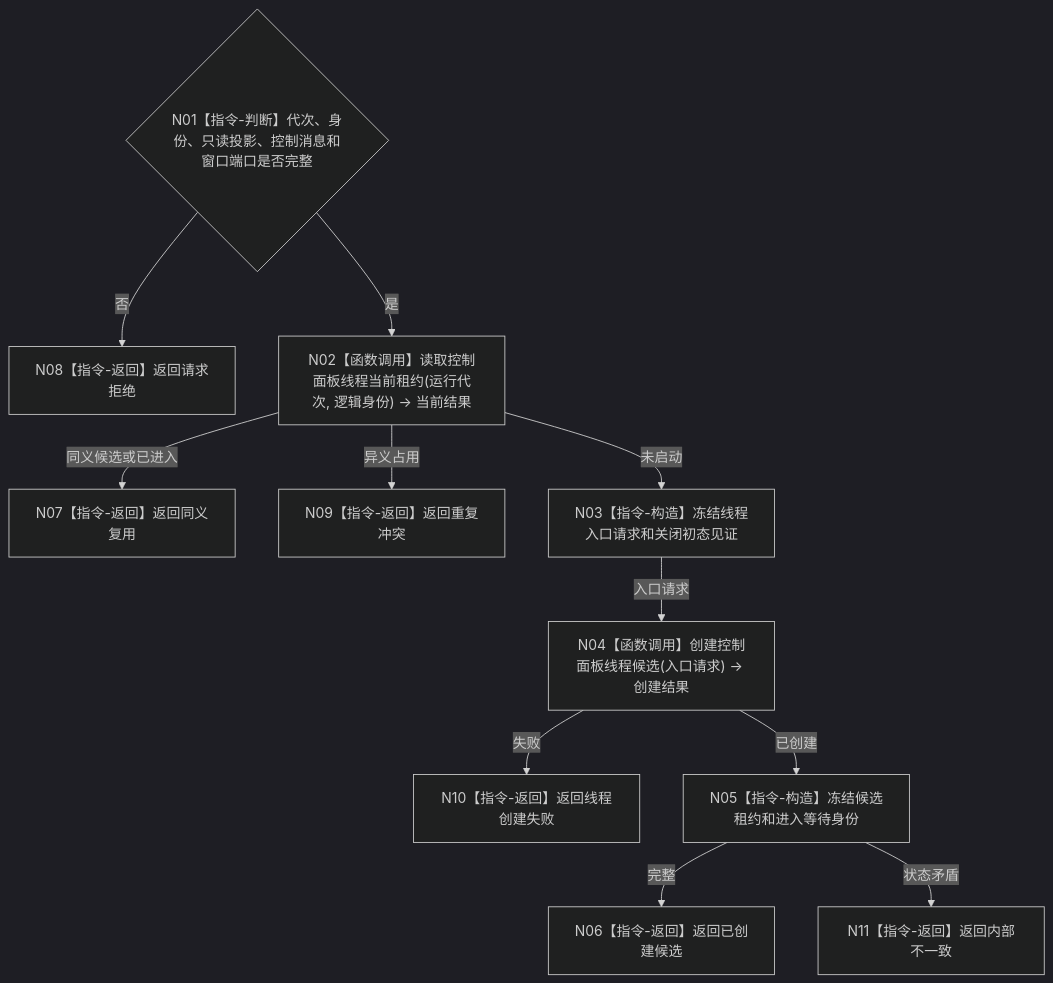
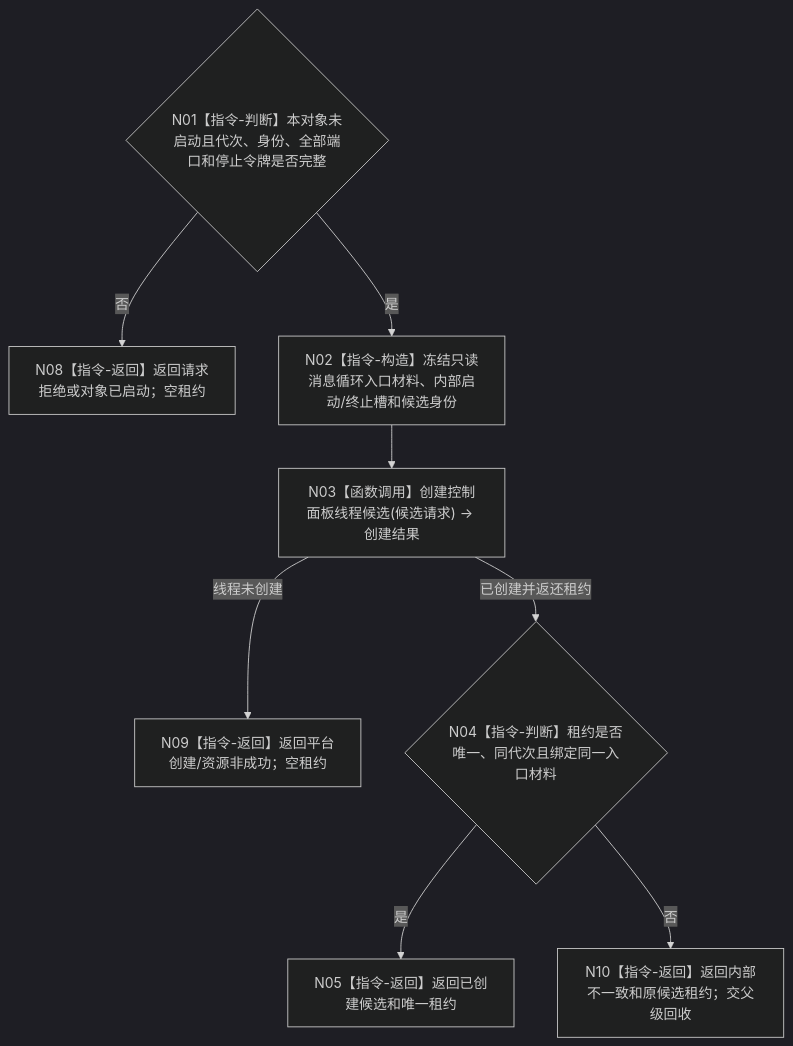
The diagram in 流程图/目标业务流程图/L3/BIZ-L3-001-09-01_启动控制面板线程入口_目标函数流程图_v0.1.md (chunhaizh-cyber/HY-Ego), drawn with Mermaid (dark theme) before and after one commit. The commit also changed other lines of this file and 16 other files, not shown here.

````diff
--- a/流程图/目标业务流程图/L3/BIZ-L3-001-09-01_启动控制面板线程入口_目标函数流程图_v0.1.md
+++ b/流程图/目标业务流程图/L3/BIZ-L3-001-09-01_启动控制面板线程入口_目标函数流程图_v0.1.md
@@ -30,13 +30,10 @@
 ```mermaid
 flowchart TD
-    N01{"N01【指令-判断】代次、身份、只读投影、控制消息和窗口端口是否完整"} -->|否| N08["N08【指令-返回】返回请求拒绝"]
-    N01 -->|是| N02["N02【函数调用】读取控制面板线程当前租约(运行代次, 逻辑身份) -> 当前结果"]
-    N02 -->|同义候选或已进入| N07["N07【指令-返回】返回同义复用"]
-    N02 -->|异义占用| N09["N09【指令-返回】返回重复冲突"]
-    N02 -->|未启动| N03["N03【指令-构造】冻结线程入口请求和关闭初态见证"]
-    N03 -->|入口请求| N04["N04【函数调用】创建控制面板线程候选(入口请求) -> 创建结果"]
-    N04 -->|失败| N10["N10【指令-返回】返回线程创建失败"]
-    N04 -->|已创建| N05["N05【指令-构造】冻结候选租约和进入等待身份"]
-    N05 -->|完整| N06["N06【指令-返回】返回已创建候选"]
-    N05 -->|状态矛盾| N11["N11【指令-返回】返回内部不一致"]
+    N01{"N01【指令-判断】本对象未启动且代次、身份、全部端口和停止令牌是否完整"} -->|否| N08["N08【指令-返回】返回请求拒绝或对象已启动；空租约"]
+    N01 -->|是| N02["N02【指令-构造】冻结只读消息循环入口材料、内部启动/终止槽和候选身份"]
+    N02 --> N03["N03【函数调用】创建控制面板线程候选(候选请求) -> 创建结果"]
+    N03 -->|线程未创建| N09["N09【指令-返回】返回平台创建/资源非成功；空租约"]
+    N03 -->|已创建并返还租约| N04{"N04【指令-判断】租约是否唯一、同代次且绑定同一入口材料"}
+    N04 -->|是| N05["N05【指令-返回】返回已创建候选和唯一租约"]
+    N04 -->|否| N10["N10【指令-返回】返回内部不一致和原候选租约；交父级回收"]
 ```
````
